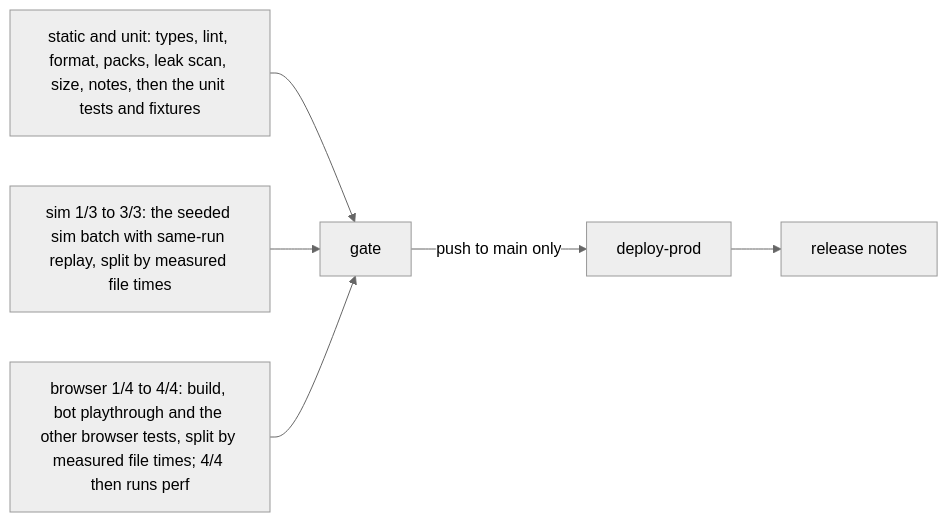
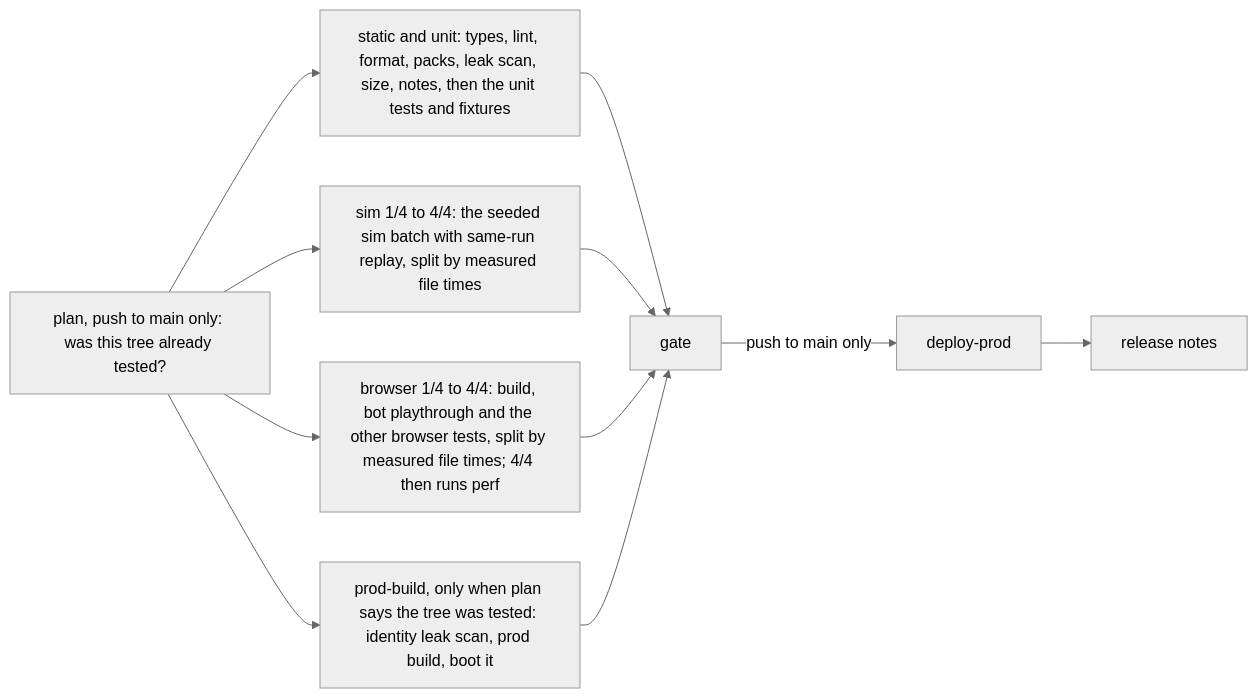
One commit to joshuasundance-swca/throttlebrawl changed the diagram in docs/engineering.md. Above: the diagram before and after it, drawn with Mermaid (neutral theme). The commit also changed other lines of this file and 11 other files, not shown here.

First line of the commit message:
infra: main skips the suite for an already-tested tree; sim in 4 slices; retire staging.yml (#417)

````diff
--- a/docs/engineering.md
+++ b/docs/engineering.md
@@ -270,8 +270,10 @@
 ```mermaid
 flowchart LR
   A[static and unit: types, lint, format, packs, leak scan, size, notes, then the unit tests and fixtures] --> G[gate]
-  S[sim 1/3 to 3/3: the seeded sim batch with same-run replay, split by measured file times] --> G
+  P[plan, push to main only: was this tree already tested?] --> A & S & C & B
+  S[sim 1/4 to 4/4: the seeded sim batch with same-run replay, split by measured file times] --> G
   C[browser 1/4 to 4/4: build, bot playthrough and the other browser tests, split by measured file times; 4/4 then runs perf] --> G
+  B[prod-build, only when plan says the tree was tested: identity leak scan, prod build, boot it] --> G
   G -->|push to main only| D[deploy-prod]
   D --> R[release notes]
 ```
````
